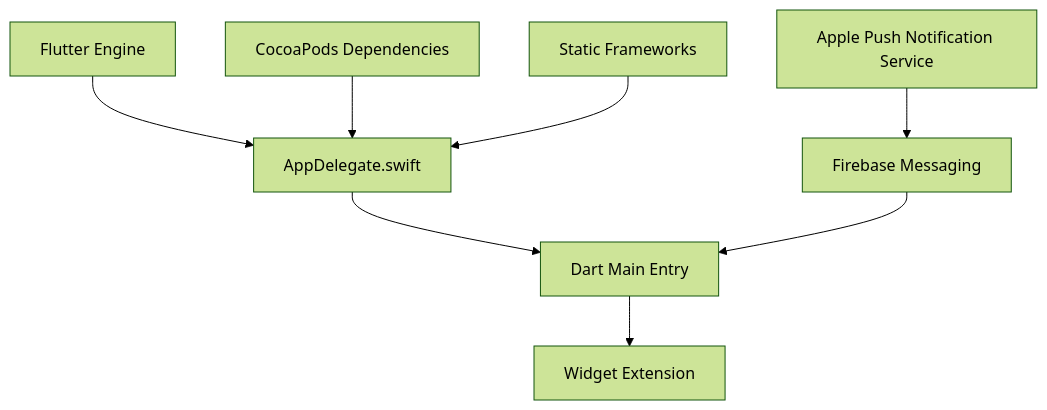
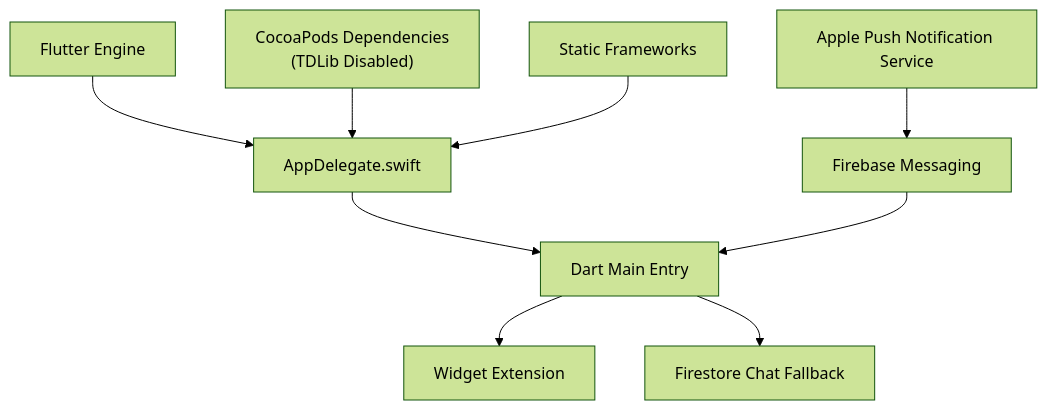
The second of 6 diagrams in .qoder/repowiki/en/content/Mobile Platforms (iOS & Android)/iOS Implementation & Configuration/iOS Implementation & Configuration.md (raihom-netizen/com.gestaoyahwehios.app), drawn with Mermaid (forest theme) before and after one commit. The commit also changed other lines of this file and 161 other files, not shown here.

````diff
--- a/.qoder/repowiki/en/content/Mobile Platforms (iOS & Android)/iOS Implementation & Configuration/iOS Implementation & Configuration.md
+++ b/.qoder/repowiki/en/content/Mobile Platforms (iOS & Android)/iOS Implementation & Configuration/iOS Implementation & Configuration.md
@@ -109,18 +120,20 @@
 ```mermaid
 graph TB
 FlutterEngine["Flutter Engine"]
 AppDelegate["AppDelegate.swift"]
 DartMain["Dart Main Entry"]
 WidgetExt["Widget Extension"]
 APNs["Apple Push Notification Service"]
 FirebaseMessaging["Firebase Messaging"]
-CocoaPods["CocoaPods Dependencies"]
+CocoaPods["CocoaPods Dependencies<br/>(TDLib Disabled)"]
 StaticFW["Static Frameworks"]
+Firestore["Firestore Chat Fallback"]
 FlutterEngine --> AppDelegate
 AppDelegate --> DartMain
 DartMain --> WidgetExt
 APNs --> FirebaseMessaging
 FirebaseMessaging --> DartMain
 CocoaPods --> AppDelegate
 StaticFW --> AppDelegate
+DartMain --> Firestore
 ```
````
